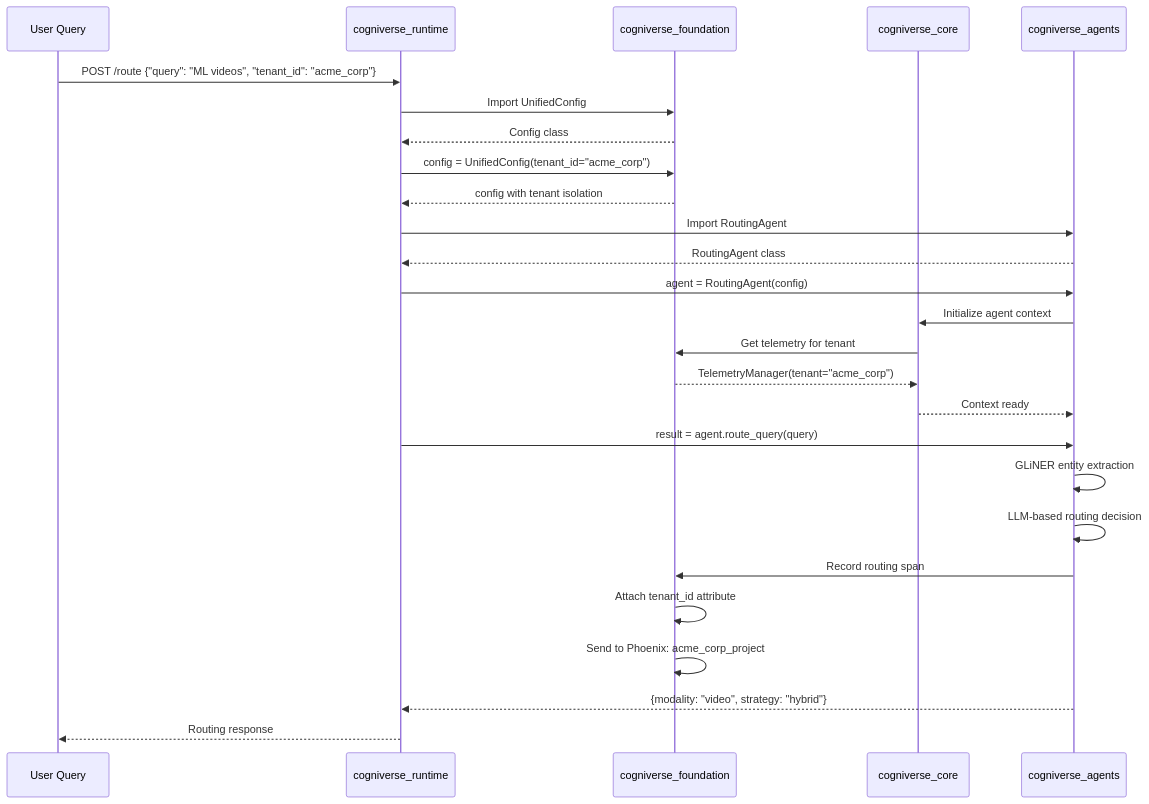
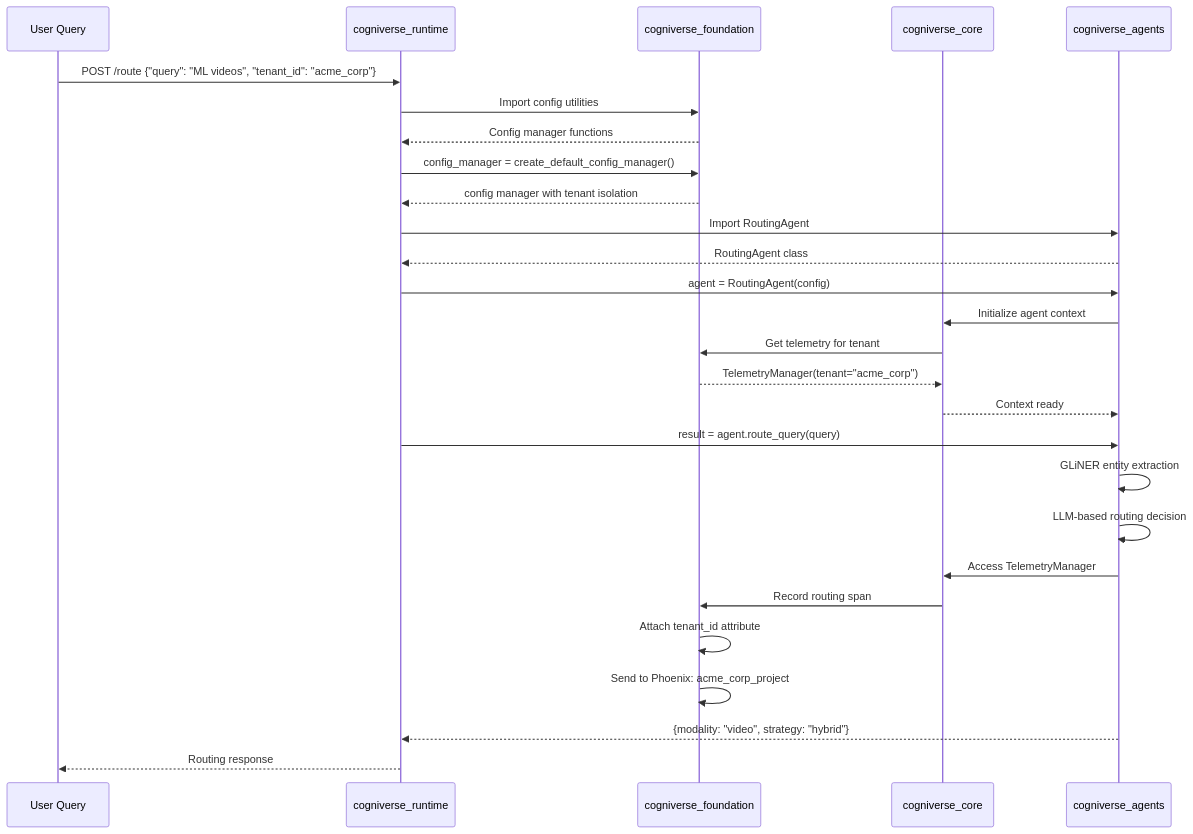
One commit to amit-jain/cogniverse changed the ninth of 17 diagrams in docs/diagrams/sdk-architecture-diagrams.md. Above: the diagram before and after it, drawn with Mermaid. The commit also changed other lines of this file and 83 other files, not shown here.

First line of the commit message:
Fix documentation veracity, formatting, and diagrams across all modules

````diff
--- a/docs/diagrams/sdk-architecture-diagrams.md
+++ b/docs/diagrams/sdk-architecture-diagrams.md
@@ -469,36 +438,37 @@
 ```mermaid
 sequenceDiagram
     participant User as User Query
     participant Runtime as cogniverse_runtime
     participant Foundation as cogniverse_foundation
     participant Core as cogniverse_core
     participant Agents as cogniverse_agents
 
     User->>Runtime: POST /route {"query": "ML videos", "tenant_id": "acme_corp"}
 
-    Runtime->>Foundation: Import UnifiedConfig
-    Foundation-->>Runtime: Config class
+    Runtime->>Foundation: Import config utilities
+    Foundation-->>Runtime: Config manager functions
 
-    Runtime->>Foundation: config = UnifiedConfig(tenant_id="acme_corp")
-    Foundation-->>Runtime: config with tenant isolation
+    Runtime->>Foundation: config_manager = create_default_config_manager()
+    Foundation-->>Runtime: config manager with tenant isolation
 
     Runtime->>Agents: Import RoutingAgent
     Agents-->>Runtime: RoutingAgent class
 
     Runtime->>Agents: agent = RoutingAgent(config)
     Agents->>Core: Initialize agent context
     Core->>Foundation: Get telemetry for tenant
     Foundation-->>Core: TelemetryManager(tenant="acme_corp")
     Core-->>Agents: Context ready
 
     Runtime->>Agents: result = agent.route_query(query)
     Agents->>Agents: GLiNER entity extraction
     Agents->>Agents: LLM-based routing decision
 
-    Agents->>Foundation: Record routing span
+    Agents->>Core: Access TelemetryManager
+    Core->>Foundation: Record routing span
     Foundation->>Foundation: Attach tenant_id attribute
     Foundation->>Foundation: Send to Phoenix: acme_corp_project
 
     Agents-->>Runtime: {modality: "video", strategy: "hybrid"}
     Runtime-->>User: Routing response
 ```
````
